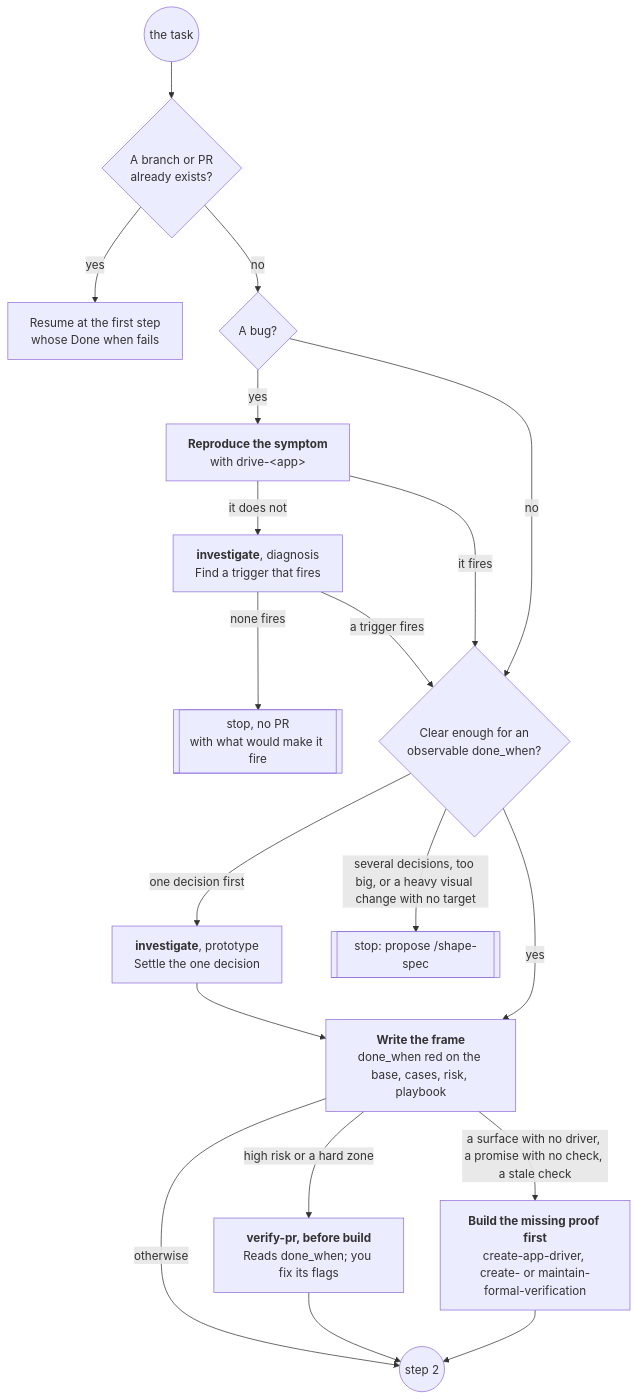
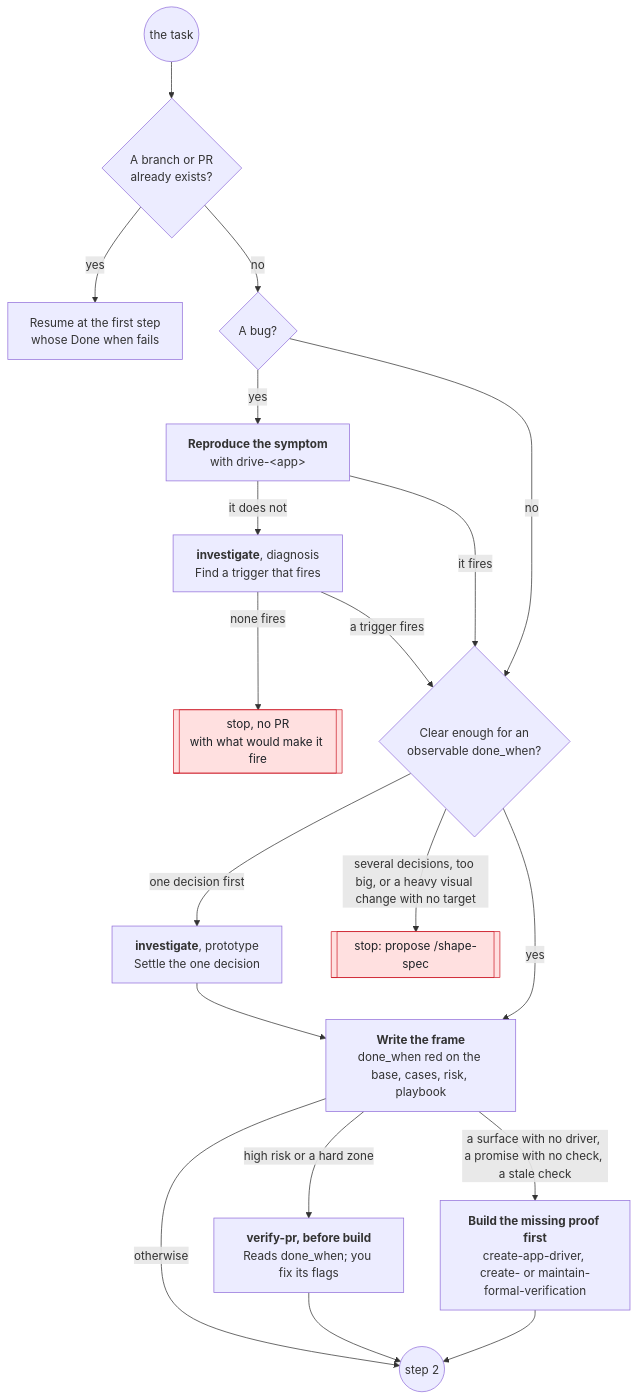
The ninth of 12 diagrams in skills/GRAPH.md (Ilian-Allaf/skillstack), drawn with Mermaid before and after one commit. The commit also changed other lines of this file, not shown here.

First line of the commit message:
Make the skill graph readable at a glance

````diff
--- a/skills/GRAPH.md
+++ b/skills/GRAPH.md
@@ -177,33 +216,38 @@
 ```mermaid
 flowchart TB
   task(("the task"))
   exists{"A branch or PR<br/>already exists?"}
   resume["Resume at the first step<br/>whose Done when fails"]
   bug{"A bug?"}
   repro["<b>Reproduce the symptom</b><br/>with drive-#lt;app#gt;"]
   diag["<b>investigate</b>, diagnosis<br/>Find a trigger that fires"]
   nopr[["stop, no PR<br/>with what would make it fire"]]
   clear{"Clear enough for an<br/>observable done_when?"}
   proto["<b>investigate</b>, prototype<br/>Settle the one decision"]
   shape[["stop: propose /shape-spec"]]
   frame["<b>Write the frame</b><br/>done_when red on the base, cases, risk, playbook"]
   lacks["<b>Build the missing proof first</b><br/>create-app-driver, create- or maintain-formal-verification"]
   pre["<b>verify-pr, before build</b><br/>Reads done_when; you fix its flags"]
   go(("step 2"))
 
   task --> exists
   exists -->|yes| resume
   exists -->|no| bug
   bug -->|yes| repro
   bug -->|no| clear
   repro -->|it fires| clear
   repro -->|it does not| diag
   diag -->|a trigger fires| clear
   diag -->|none fires| nopr
   clear -->|yes| frame
   clear -->|one decision first| proto --> frame
   clear -->|"several decisions, too big, or a heavy visual change with no target"| shape
   frame -->|"a surface with no driver, a promise with no check, a stale check"| lacks --> go
   frame -->|high risk or a hard zone| pre --> go
   frame -->|otherwise| go
+
+  classDef ready fill:#d3f5dc,stroke:#1a7f37,color:#1f2328
+  classDef human fill:#fff1c2,stroke:#9a6700,color:#1f2328
+  classDef stop fill:#ffe0e0,stroke:#cf222e,color:#1f2328
+  class nopr,shape stop
 ```
````
